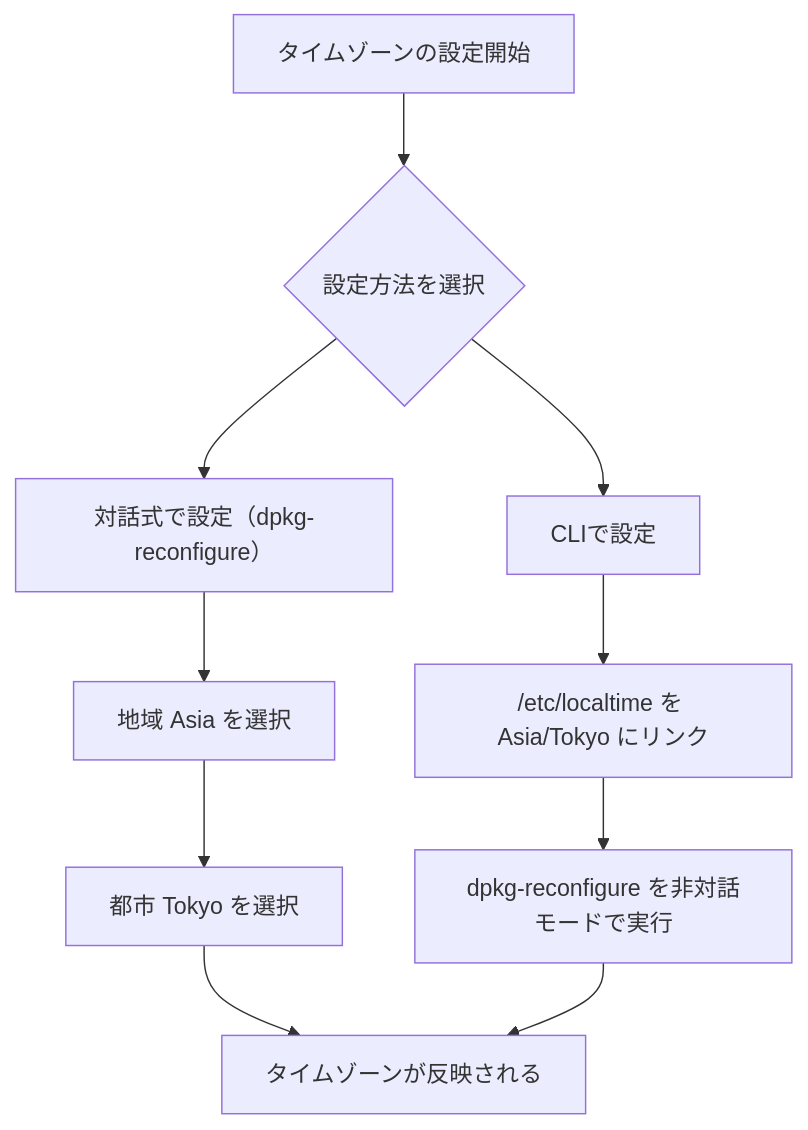
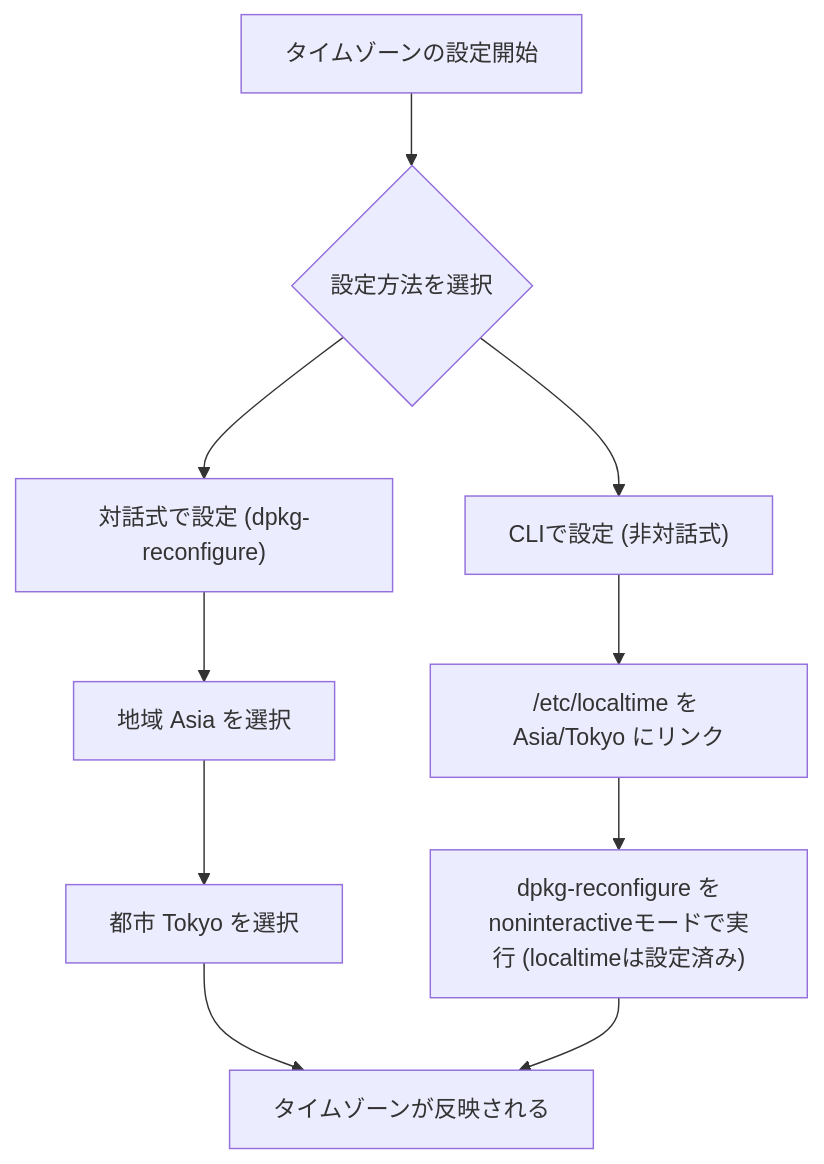
Before and after one commit to atsushifx/zenn-dev: the third of 4 diagrams in articles/wsl2-setup-debian-japanese.md, drawn with Mermaid. The commit also changed other lines of this file, not shown here.

Commit message:
feat(wsl2-japanese): mermaid.js内の括弧を半角に変更

````diff
--- a/articles/wsl2-setup-debian-japanese.md
+++ b/articles/wsl2-setup-debian-japanese.md
@@ -366,15 +362,15 @@
 ```mermaid
 flowchart TD
   A[タイムゾーンの設定開始] --> B{設定方法を選択}
 
-  B --> C1[対話式で設定（dpkg-reconfigure）]
-  B --> D2[CLIで設定]
+  B --> C1["対話式で設定 (dpkg-reconfigure)"]
+  B --> D2["CLIで設定 (非対話式)"]
 
   C1 --> C2[地域 Asia を選択]
   C2 --> C3[都市 Tokyo を選択]
   C3 --> E[タイムゾーンが反映される]
 
   D2 --> D3["/etc/localtime" を Asia/Tokyo にリンク]
-  D3 --> D4["dpkg-reconfigure" を非対話モードで実行]
+  D3 --> D4["dpkg-reconfigure をnoninteractiveモードで実行 (localtimeは設定済み)"]
   D4 --> E
 ```
````
